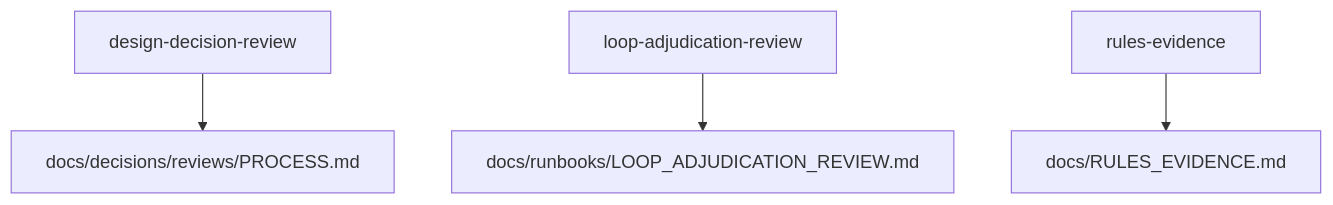
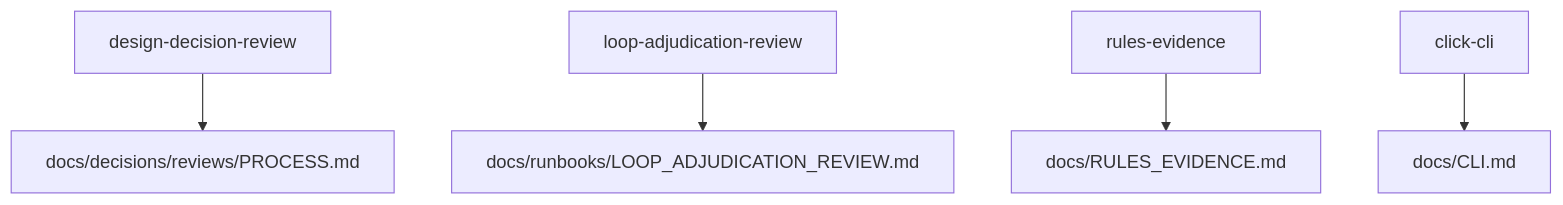
One commit to witzbeck/mtg-loop-engine changed the diagram in .agents/skills/README.md. Above: the diagram before and after it, drawn with Mermaid. The commit also changed other lines of this file and 19 other files, not shown here.

````diff
--- a/.agents/skills/README.md
+++ b/.agents/skills/README.md
@@ -9,6 +9,7 @@
 ```mermaid
 graph TB;
   ddr[design-decision-review] --> process[docs/decisions/reviews/PROCESS.md];
   lar[loop-adjudication-review] --> runbook[docs/runbooks/LOOP_ADJUDICATION_REVIEW.md];
   re[rules-evidence] --> rulesDoc[docs/RULES_EVIDENCE.md];
+  cli[click-cli] --> cliDoc[docs/CLI.md];
 ```
````
